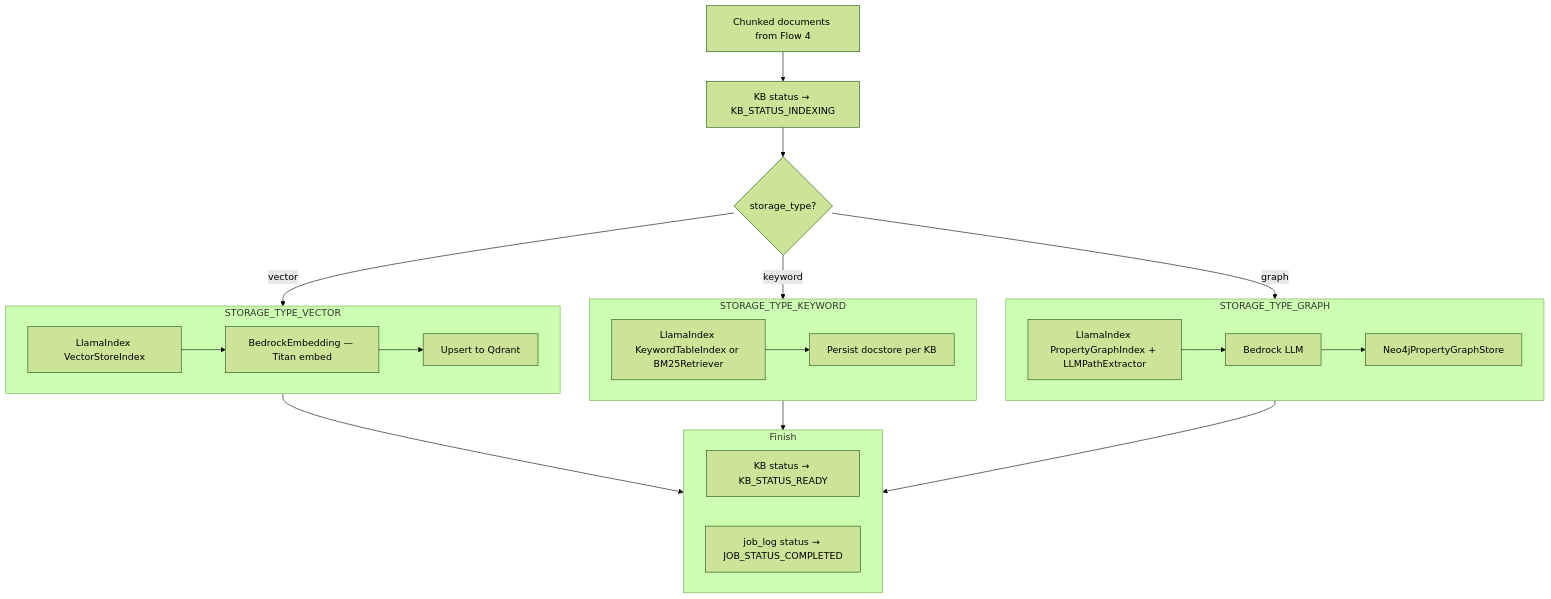
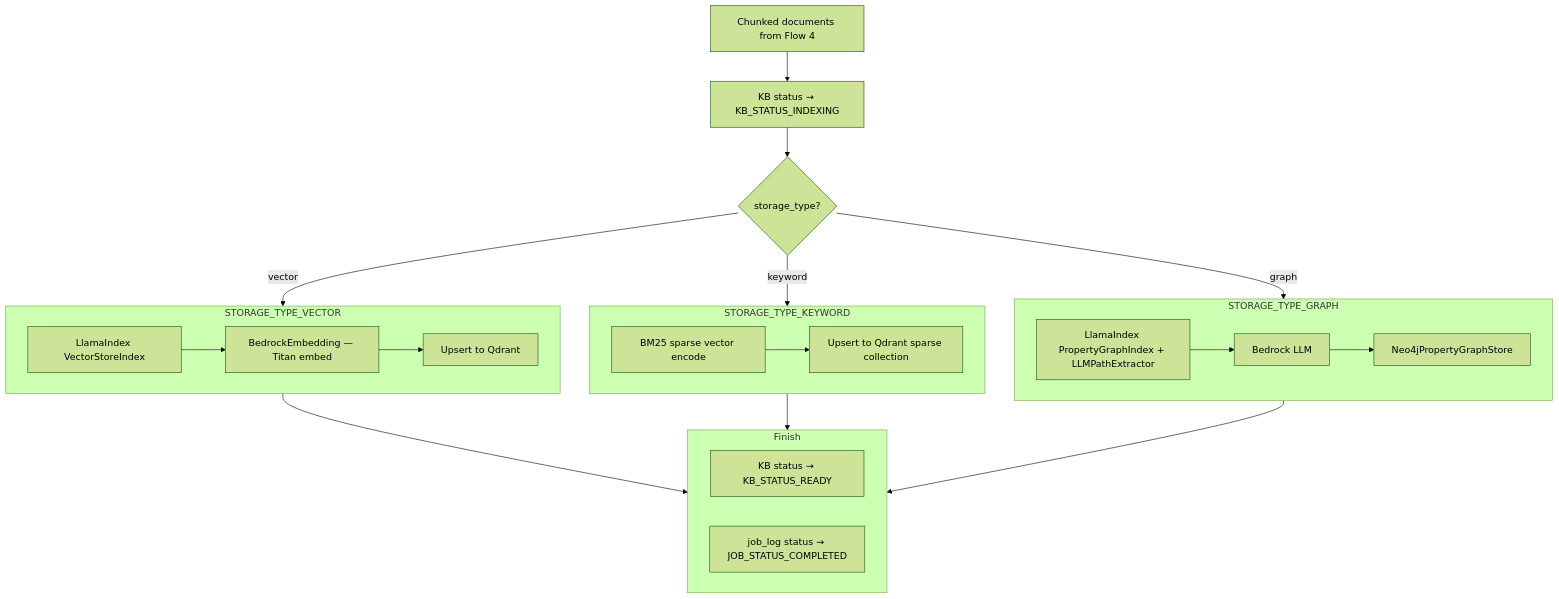
The sixth of 7 diagrams in backend/document/knowledgebase/01-create-knowledgebase-diagrams.md (shehan-jayasinghe/bot-builder), drawn with Mermaid (forest theme) before and after one commit. The commit also changed other lines of this file and 18 other files, not shown here.

````diff
--- a/backend/document/knowledgebase/01-create-knowledgebase-diagrams.md
+++ b/backend/document/knowledgebase/01-create-knowledgebase-diagrams.md
@@ -547,40 +547,40 @@
 ```mermaid
 flowchart TB
     IN[Chunked documents from Flow 4]
 
     IN --> UPD0[KB status → KB_STATUS_INDEXING]
     UPD0 --> TYPE{storage_type?}
 
     TYPE -->|vector| VEC
     TYPE -->|keyword| KEY
     TYPE -->|graph| GRA
 
     subgraph VEC["STORAGE_TYPE_VECTOR"]
         V1[LlamaIndex VectorStoreIndex]
         V2[BedrockEmbedding — Titan embed]
         V3[Upsert to Qdrant]
         V1 --> V2 --> V3
     end
 
     subgraph KEY["STORAGE_TYPE_KEYWORD"]
-        K1[LlamaIndex KeywordTableIndex or BM25Retriever]
-        K2[Persist docstore per KB]
+        K1[BM25 sparse vector encode]
+        K2[Upsert to Qdrant sparse collection]
         K1 --> K2
     end
 
     subgraph GRA["STORAGE_TYPE_GRAPH"]
         G1[LlamaIndex PropertyGraphIndex + LLMPathExtractor]
         G2[Bedrock LLM]
         G3[Neo4jPropertyGraphStore]
         G1 --> G2 --> G3
     end
 
     VEC --> DONE
     KEY --> DONE
     GRA --> DONE
 
     subgraph DONE["Finish"]
         D1[KB status → KB_STATUS_READY]
         D2[job_log status → JOB_STATUS_COMPLETED]
     end
 ```
````
